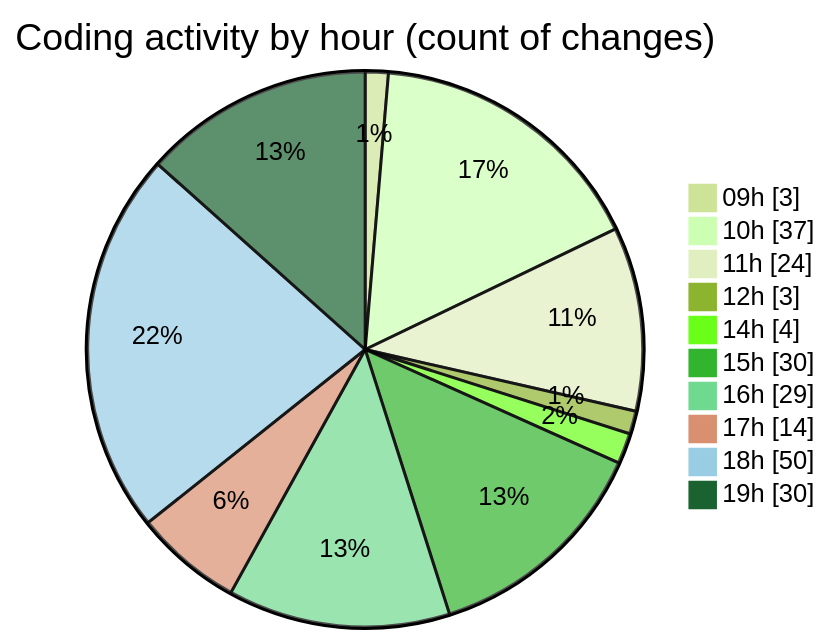
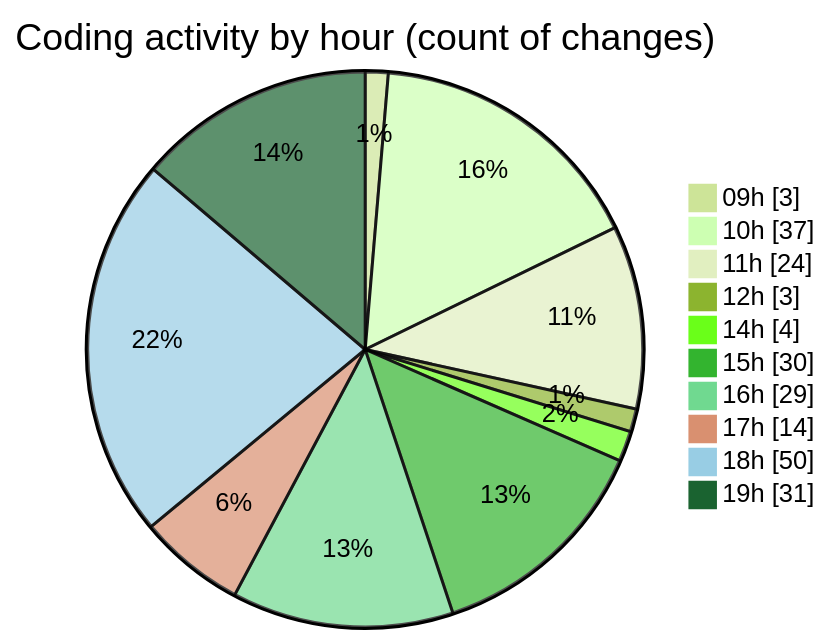
One commit to CELIANVF/code-tracking changed the second of 2 diagrams in 2025-05-02/ecodeli/README.md. Above: the diagram before and after it, drawn with Mermaid (forest theme). The commit also changed other lines of this file and 1 other file, not shown here.

````diff
--- a/2025-05-02/ecodeli/README.md
+++ b/2025-05-02/ecodeli/README.md
@@ -103,14 +103,14 @@
 ```mermaid
 pie showData
 title Coding activity by hour (count of changes)
 "09h" : 3
 "10h" : 37
 "11h" : 24
 "12h" : 3
 "14h" : 4
 "15h" : 30
 "16h" : 29
 "17h" : 14
 "18h" : 50
-"19h" : 30
+"19h" : 31
 ```
````
